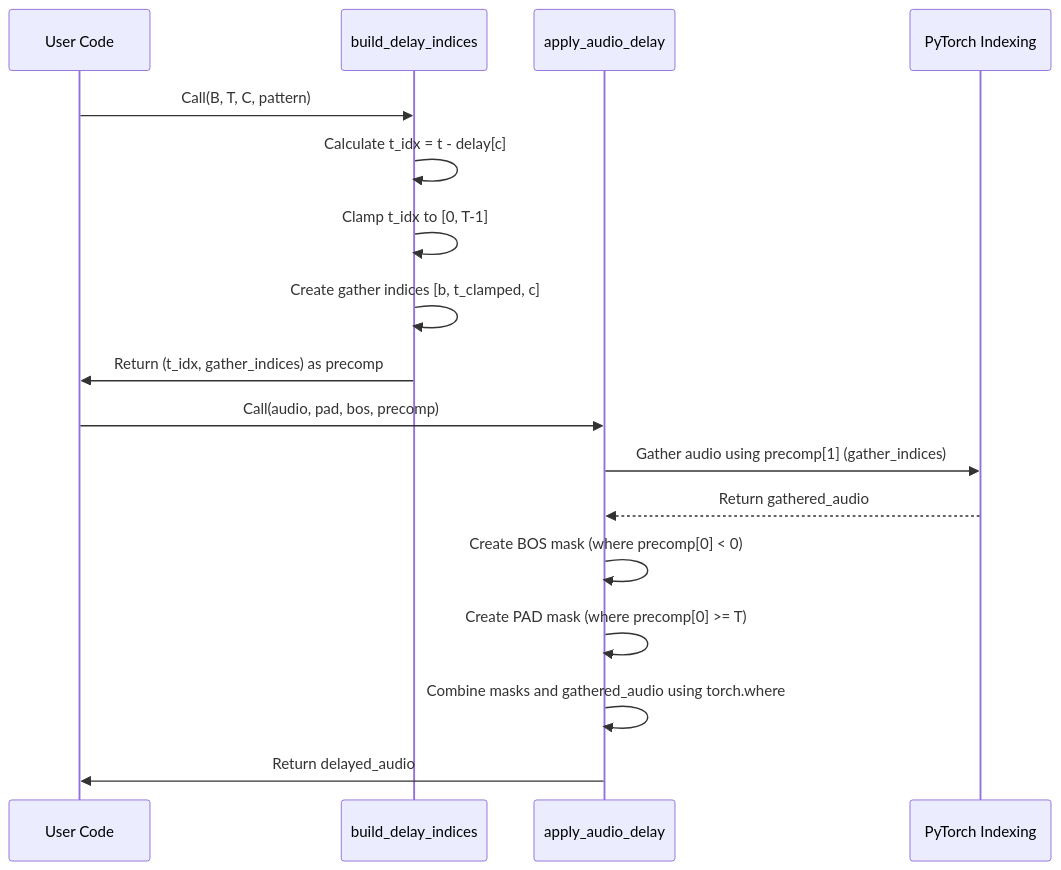
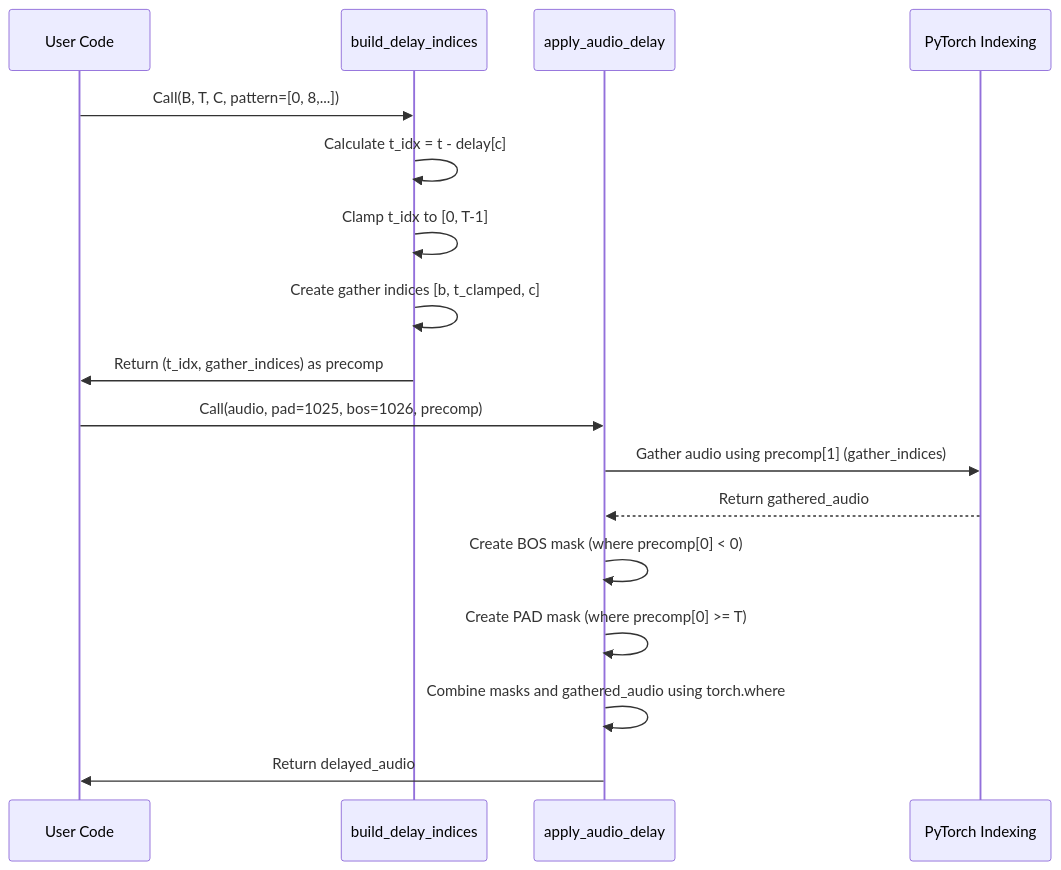
One commit to obinnaokechukwu/dia-explained changed the fifth of 7 diagrams in README.md. Above: the diagram before and after it, drawn with Mermaid. The commit also changed other lines of this file, not shown here.

````diff
--- a/README.md
+++ b/README.md
@@ -1036,21 +819,21 @@
 ```mermaid
 sequenceDiagram
     participant User as User Code
     participant Build as build_delay_indices
     participant Apply as apply_audio_delay
     participant PT as PyTorch Indexing
 
-    User->>Build: Call(B, T, C, pattern)
+    User->>Build: Call(B, T, C, pattern=[0, 8,...])
     Build->>Build: Calculate t_idx = t - delay[c]
     Build->>Build: Clamp t_idx to [0, T-1]
     Build->>Build: Create gather indices [b, t_clamped, c]
     Build->>User: Return (t_idx, gather_indices) as precomp
 
-    User->>Apply: Call(audio, pad, bos, precomp)
+    User->>Apply: Call(audio, pad=1025, bos=1026, precomp)
     Apply->>PT: Gather audio using precomp[1] (gather_indices)
     PT-->>Apply: Return gathered_audio
     Apply->>Apply: Create BOS mask (where precomp[0] < 0)
     Apply->>Apply: Create PAD mask (where precomp[0] >= T)
     Apply->>Apply: Combine masks and gathered_audio using torch.where
     Apply->>User: Return delayed_audio
 ```
````
